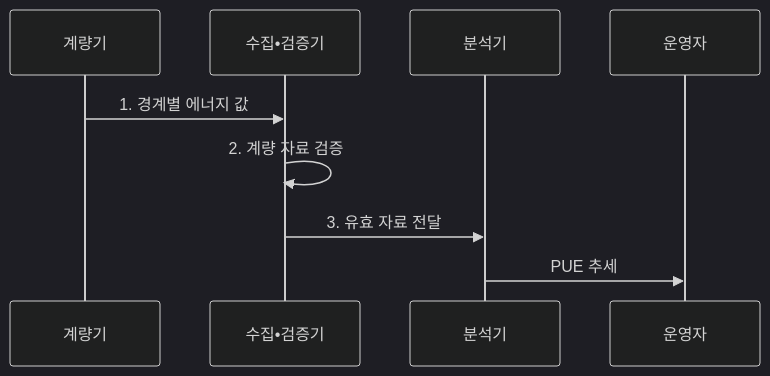
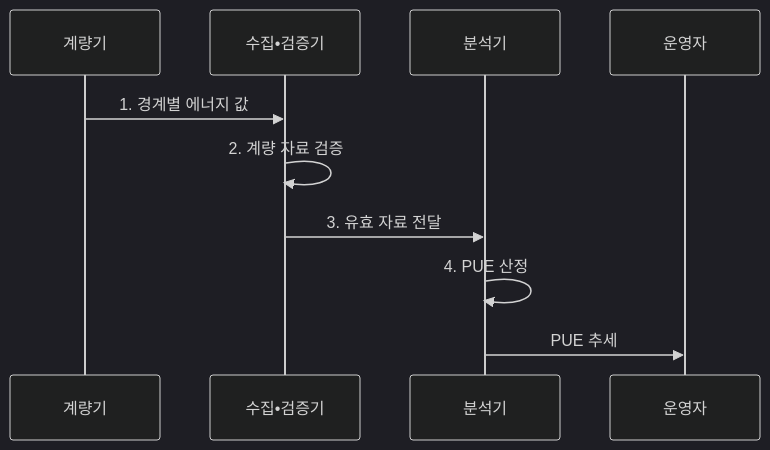
Before and after one commit to agnusdei1207/knowledge-base: the second of 2 diagrams in src/content/docs/notes/02-hardware/058_power_usage_effectiveness.md, drawn with Mermaid (dark theme). The commit also changed other lines of this file and 14 other files, not shown here.

````diff
--- a/src/content/docs/notes/02-hardware/058_power_usage_effectiveness.md
+++ b/src/content/docs/notes/02-hardware/058_power_usage_effectiveness.md
@@ -107,12 +107,13 @@
 ```mermaid
 sequenceDiagram
     participant M as 계량기
     participant C as 수집•검증기
     participant A as 분석기
     participant O as 운영자
 
     M->>C: 1. 경계별 에너지 값
     C->>C: 2. 계량 자료 검증
     C->>A: 3. 유효 자료 전달
+    A->>A: 4. PUE 산정
     A->>O: PUE 추세
 ```
````
